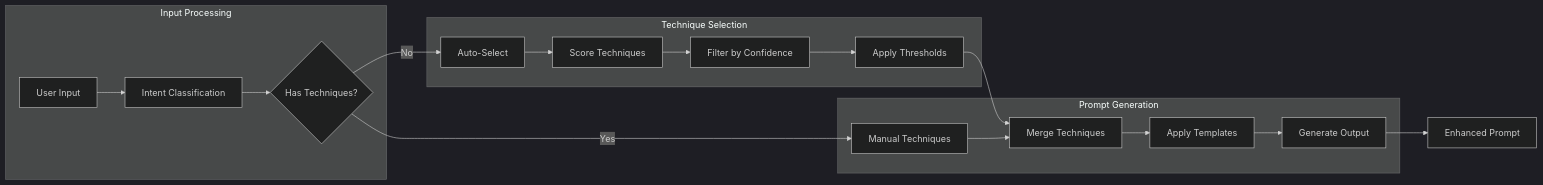
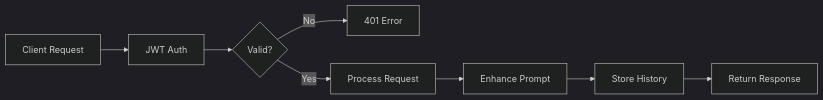
The second of 3 diagrams in docs/ARCHITECTURE_v1.md (T-W-M-B-W-C/BetterPrompts), drawn with Mermaid (dark theme) before and after one commit. The commit also changed other lines of this file and 187 other files, not shown here.

````diff
--- a/docs/ARCHITECTURE_v1.md
+++ b/docs/ARCHITECTURE_v1.md
@@ -167,24 +89,10 @@
 ```mermaid
 graph LR
-    subgraph "Input Processing"
-        A[User Input] --> B[Intent Classification]
-        B --> C{Has Techniques?}
-    end
-    
-    subgraph "Technique Selection"
-        C -->|No| D[Auto-Select]
-        D --> E[Score Techniques]
-        E --> F[Filter by Confidence]
-        F --> G[Apply Thresholds]
-    end
-    
-    subgraph "Prompt Generation"
-        C -->|Yes| H[Manual Techniques]
-        G --> I[Merge Techniques]
-        H --> I
-        I --> J[Apply Templates]
-        J --> K[Generate Output]
-    end
-    
-    K --> L[Enhanced Prompt]
+    A[Client Request] --> B[JWT Auth]
+    B --> C{Valid?}
+    C -->|No| D[401 Error]
+    C -->|Yes| E[Process Request]
+    E --> F[Enhance Prompt]
+    F --> G[Store History]
+    G --> H[Return Response]
 ```
````
